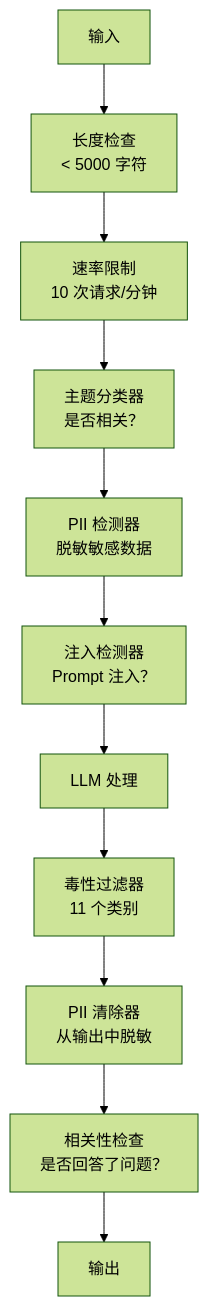
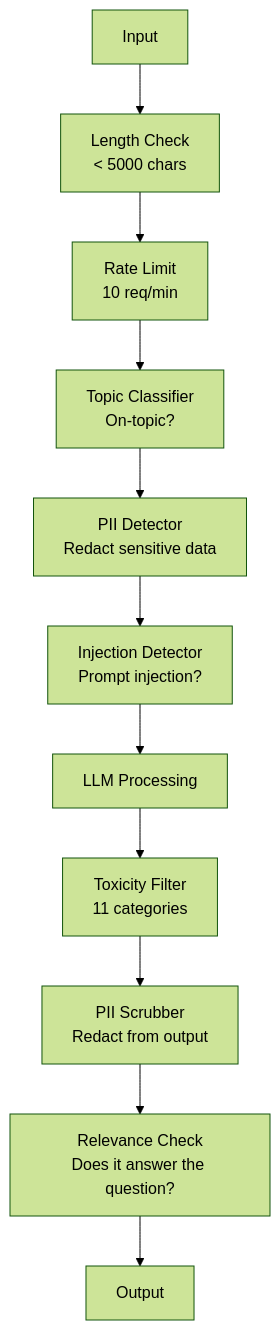
One commit to xiaojiaenen/ai-engineering-from-scratch-zh changed the second of 2 diagrams in i18n/zh/phases/11-llm-engineering/12-guardrails/docs/zh.md. Above: the diagram before and after it, drawn with Mermaid (forest theme). The commit also changed other lines of this file and 17 other files, not shown here.

````diff
--- a/i18n/zh/phases/11-llm-engineering/12-guardrails/docs/zh.md
+++ b/i18n/zh/phases/11-llm-engineering/12-guardrails/docs/zh.md
@@ -102,13 +102,13 @@
 ```mermaid
 flowchart TD
-    I[输入] --> L[长度检查\n< 5000 字符]
-    L --> R[速率限制\n10 次请求/分钟]
-    R --> T[主题分类器\n是否相关？]
-    T --> P[PII 检测器\n脱敏敏感数据]
-    P --> J[注入检测器\nPrompt 注入？]
-    J --> M[LLM 处理]
-    M --> TF[毒性过滤器\n11 个类别]
-    TF --> PS[PII 清除器\n从输出中脱敏]
-    PS --> RV[相关性检查\n是否回答了问题？]
-    RV --> O[输出]
+    I[Input] --> L[Length Check\n< 5000 chars]
+    L --> R[Rate Limit\n10 req/min]
+    R --> T[Topic Classifier\nOn-topic?]
+    T --> P[PII Detector\nRedact sensitive data]
+    P --> J[Injection Detector\nPrompt injection?]
+    J --> M[LLM Processing]
+    M --> TF[Toxicity Filter\n11 categories]
+    TF --> PS[PII Scrubber\nRedact from output]
+    PS --> RV[Relevance Check\nDoes it answer the question?]
+    RV --> O[Output]
 ```
````
